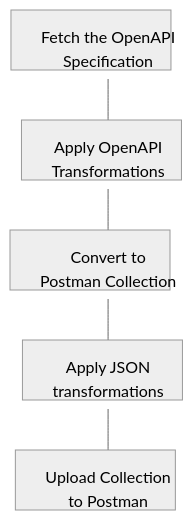
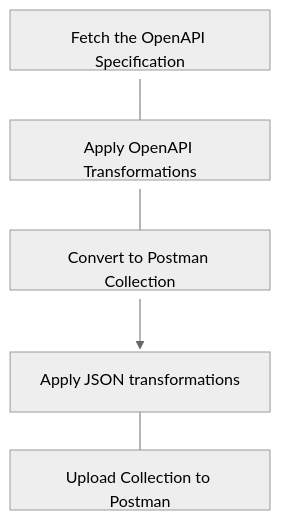
Before and after one commit to mongodb/openapi: the diagram in tools/postman/README.md, drawn with Mermaid (neutral theme).

Commit message:
chore: fix broken diagram

````diff
--- a/tools/postman/README.md
+++ b/tools/postman/README.md
@@ -21,13 +21,13 @@
 ```mermaid
 flowchart TD
-    A[Fetch the OpenAPI\nSpecification] --> B[Apply OpenAPI\nTransformations]
-    B --> C[Convert to\nPostman Collection]
-    C --> D[Apply JSON\ntransformations]
-    D --> E[Upload Collection\nto Postman]
+    A[Fetch the OpenAPI Specification] --> B[Apply OpenAPI Transformations]
+    B --> C[Convert to Postman Collection]
+    C --> D[Apply JSON transformations]
+    D --> E[Upload Collection to Postman]
 
-    style A width:160px,height:60px,text-align:center;
-    style B width:160px,height:60px,text-align:center;
-    style C width:160px,height:60px,text-align:center;
-    style D width:160px,height:60px,text-align:center;
-    style E width:160px,height:60px,text-align:center;
+    style A width:260px,height:60px,text-align:center;
+    style B width:260px,height:60px,text-align:center;
+    style C width:260px,height:60px,text-align:center;
+    style D width:260px,height:60px,text-align:center;
+    style E width:260px,height:60px,text-align:center;
 ```
````
